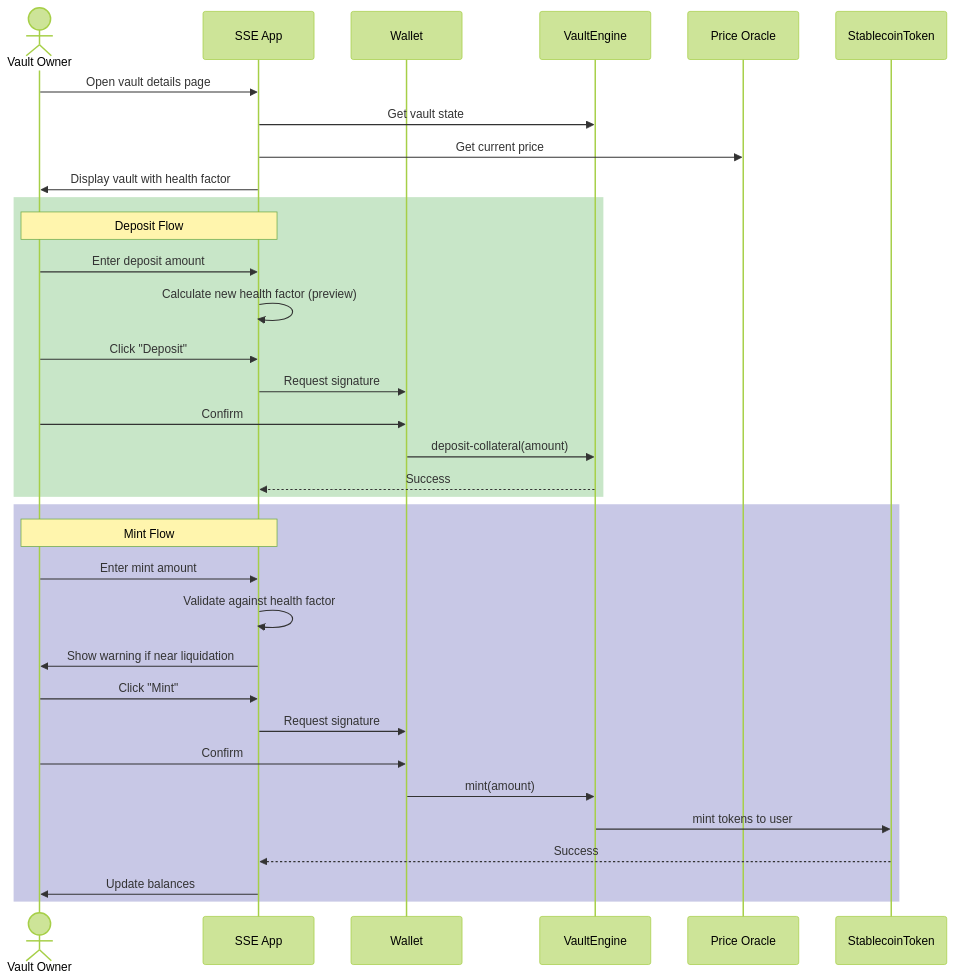
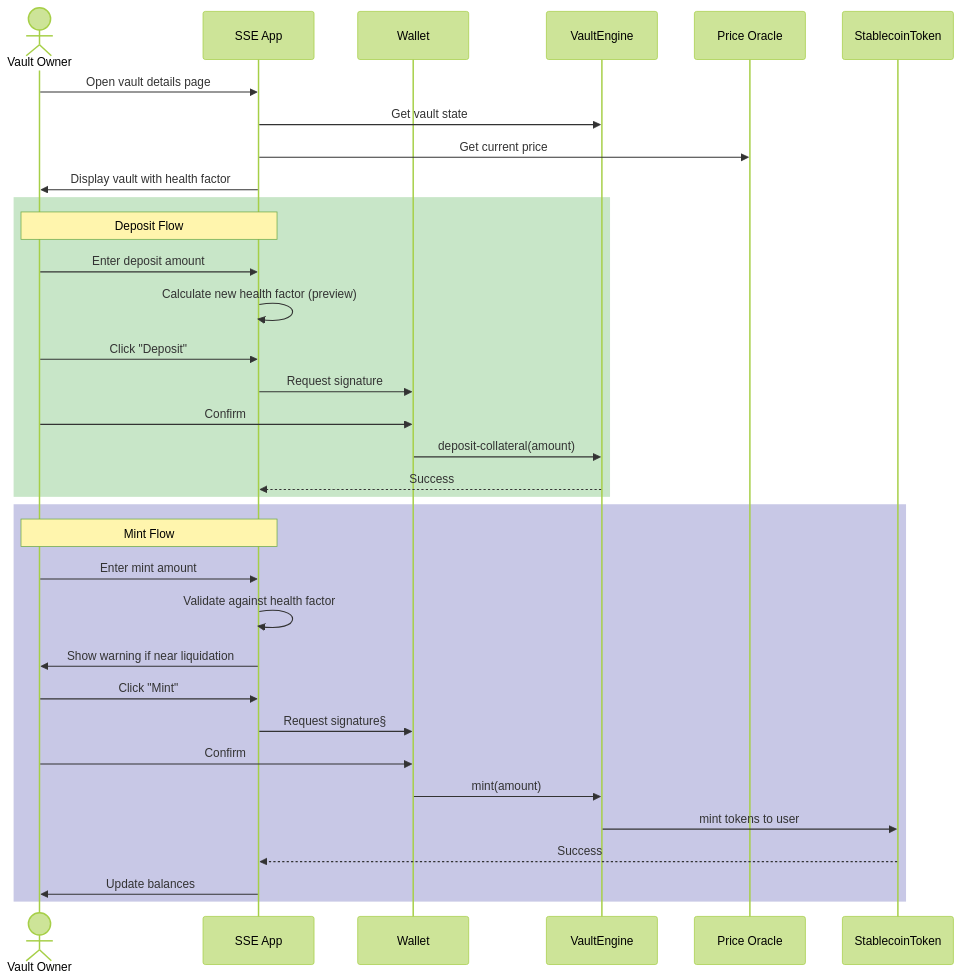
One commit to yehia67/stacks-stablecoin-engine changed the seventh of 35 diagrams in docs/adl/user_flows.md. Above: the diagram before and after it, drawn with Mermaid (forest theme). The commit also changed other lines of this file and 46 other files, not shown here.

````diff
--- a/docs/adl/user_flows.md
+++ b/docs/adl/user_flows.md
@@ -203,39 +203,39 @@
 ```mermaid
 sequenceDiagram
     actor User as Vault Owner
     participant App as SSE App
     participant Wallet as Wallet
     participant VE as VaultEngine
     participant Oracle as Price Oracle
     participant ST as StablecoinToken
     
     User->>App: Open vault details page
     App->>VE: Get vault state
     App->>Oracle: Get current price
     App->>User: Display vault with health factor
     
     rect rgb(200, 230, 200)
         Note over User,App: Deposit Flow
         User->>App: Enter deposit amount
         App->>App: Calculate new health factor (preview)
         User->>App: Click "Deposit"
         App->>Wallet: Request signature
         User->>Wallet: Confirm
         Wallet->>VE: deposit-collateral(amount)
         VE-->>App: Success
     end
     
     rect rgb(200, 200, 230)
         Note over User,App: Mint Flow
         User->>App: Enter mint amount
         App->>App: Validate against health factor
         App->>User: Show warning if near liquidation
         User->>App: Click "Mint"
-        App->>Wallet: Request signature
+        App->>Wallet: Request signature§
         User->>Wallet: Confirm
         Wallet->>VE: mint(amount)
         VE->>ST: mint tokens to user
         ST-->>App: Success
         App->>User: Update balances
     end
 ```
````
